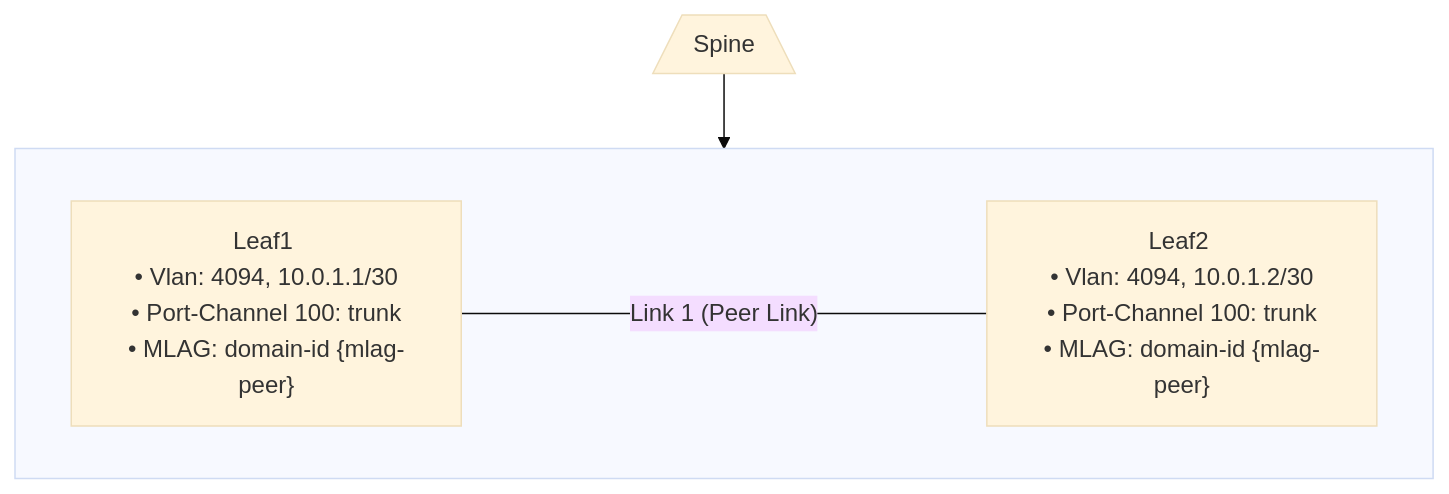
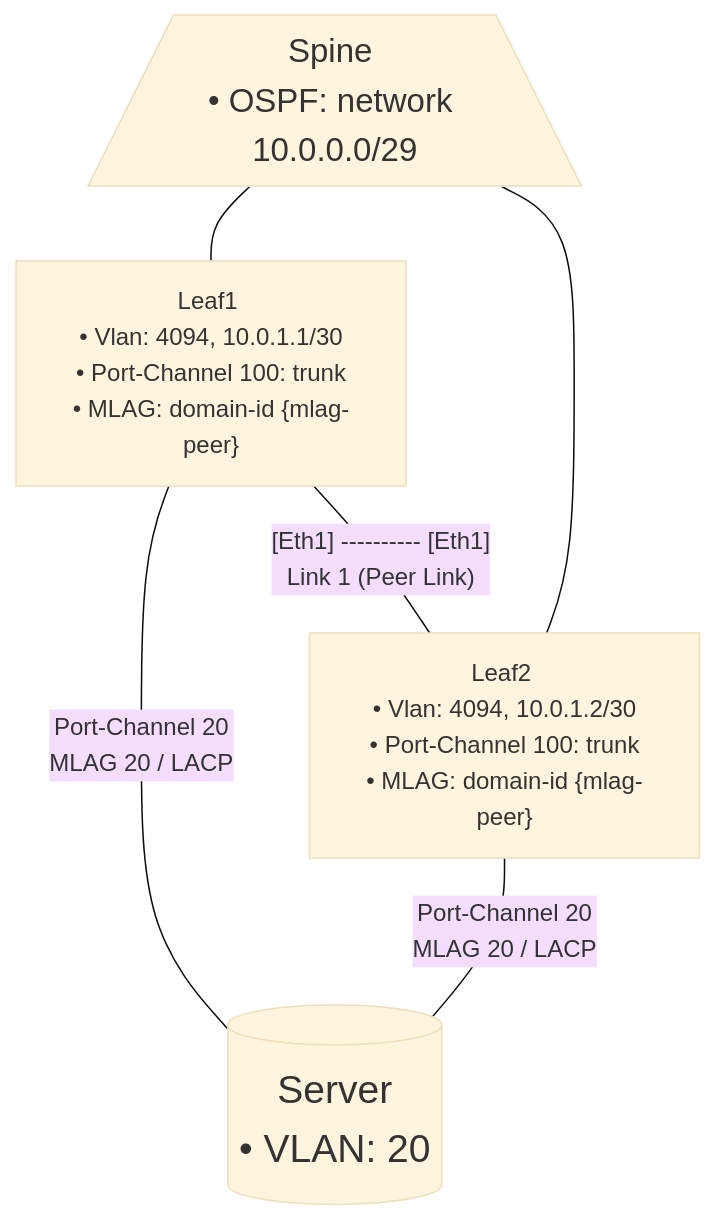
The diagram in MLAGVIEW.mmd (Juntab1/Arista_Notes), drawn with Mermaid (base theme) before and after one commit.

Commit message:
updated diagram

```diff
--- a/MLAGVIEW.mmd
+++ b/MLAGVIEW.mmd
@@ -1,12 +1,16 @@
+---
+config:
+  layout: fixed
+---
 flowchart TB
-    n1["Spine"]
-    n1@{ shape: trap-b }
+    n2["Leaf1 <br>• Vlan: 4094, 10.0.1.1/30<br>• Port-Channel 100: trunk<br>• MLAG: domain-id {mlag-peer}"] -- "[Eth1] ---------- [Eth1]<br>Link 1 (Peer Link)" --- n3["Leaf2 <br>• Vlan: 4094, 10.0.1.2/30<br>• Port-Channel 100: trunk<br>• MLAG: domain-id {mlag-peer}"]
+    n1["Spine <br>• OSPF: network 10.0.0.0/29"] --- n3 & n2
+    n2 -- "Port-Channel 20<br>MLAG 20 / LACP" --- n4["Server <br>• VLAN: 20<br>"]
+    n3 -- "Port-Channel 20<br>MLAG 20 / LACP" --- n4
 
-    subgraph leaves [" "]
-        direction LR
-        n2["Leaf1 <br/>• Vlan: 4094, 10.0.1.1/30<br/>• Port-Channel 100: trunk<br/>• MLAG: domain-id {mlag-peer}"]
-        n3["Leaf2 <br/>• Vlan: 4094, 10.0.1.2/30<br/>• Port-Channel 100: trunk<br/>• MLAG: domain-id {mlag-peer}"]
-        n2 -----|"Link 1 (Peer Link)"| n3
-    end
-
-    n1 --> leaves
+    n1@{ shape: trap-b}
+    n4@{ shape: cyl}
+     n1:::spineSize
+     n4:::serverSize
+    classDef spineSize font-size:22px
+    classDef serverSize font-size:26px
```
